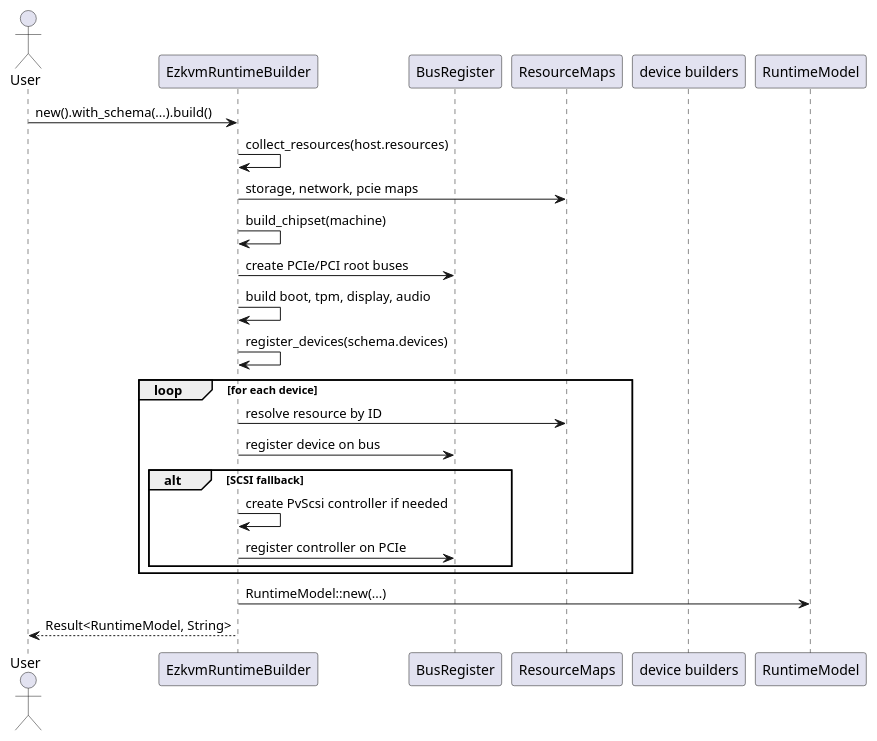
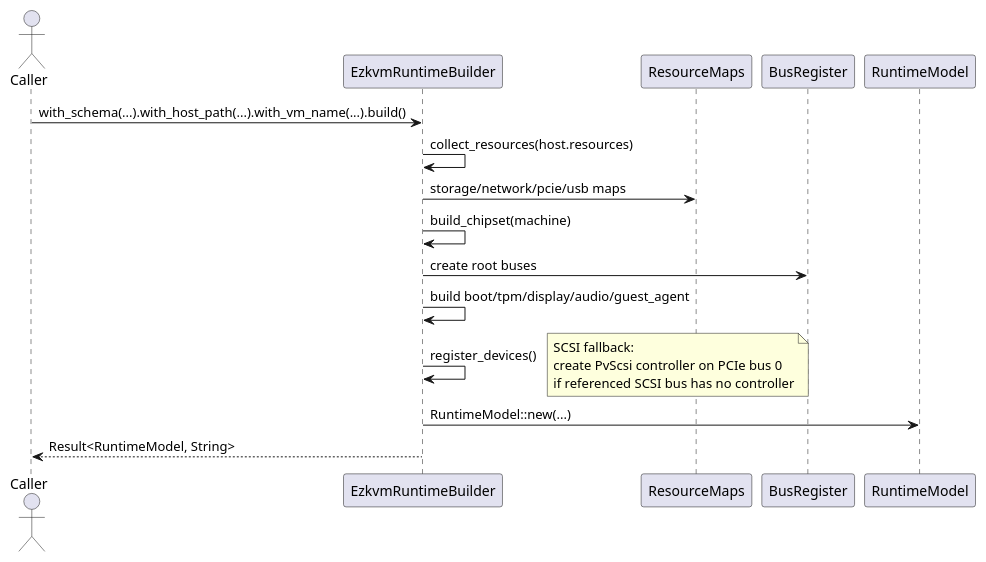
One commit to hurenkam/ezkvm changed the second of 3 diagrams in src/config_format/ezkvm/README.md. Above: the diagram before and after it, drawn with PlantUML. The commit also changed other lines of this file and 31 other files, not shown here.

````diff
--- a/src/config_format/ezkvm/README.md
+++ b/src/config_format/ezkvm/README.md
@@ -279,28 +207,24 @@
 ```plantuml
 @startuml
-actor User
+actor Caller
 participant "EzkvmRuntimeBuilder" as Builder
-participant "BusRegister" as Bus
 participant "ResourceMaps" as Resources
-participant "device builders" as DevBuilders
+participant "BusRegister" as Buses
 participant "RuntimeModel" as Runtime
 
-User -> Builder : new().with_schema(...).build()
+Caller -> Builder : with_schema(...).with_host_path(...).with_vm_name(...).build()
 Builder -> Builder : collect_resources(host.resources)
-Builder -> Resources : storage, network, pcie maps
+Builder -> Resources : storage/network/pcie/usb maps
 Builder -> Builder : build_chipset(machine)
-Builder -> Bus : create PCIe/PCI root buses
-Builder -> Builder : build boot, tpm, display, audio
-Builder -> Builder : register_devices(schema.devices)
-loop for each device
-  Builder -> Resources : resolve resource by ID
-  Builder -> Bus : register device on bus
-  alt SCSI fallback
-    Builder -> Builder : create PvScsi controller if needed
-    Builder -> Bus : register controller on PCIe
-  end
-end
+Builder -> Buses : create root buses
+Builder -> Builder : build boot/tpm/display/audio/guest_agent
+Builder -> Builder : register_devices()
+note right
+SCSI fallback:
+create PvScsi controller on PCIe bus 0
+if referenced SCSI bus has no controller
+end note
 Builder -> Runtime : RuntimeModel::new(...)
-Builder --> User : Result<RuntimeModel, String>
+Builder --> Caller : Result<RuntimeModel, String>
 @enduml
 ```
````
